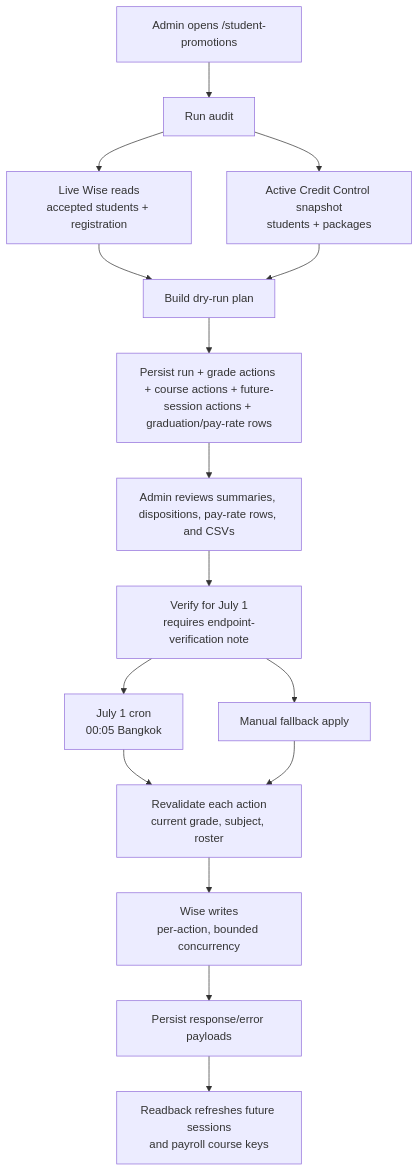
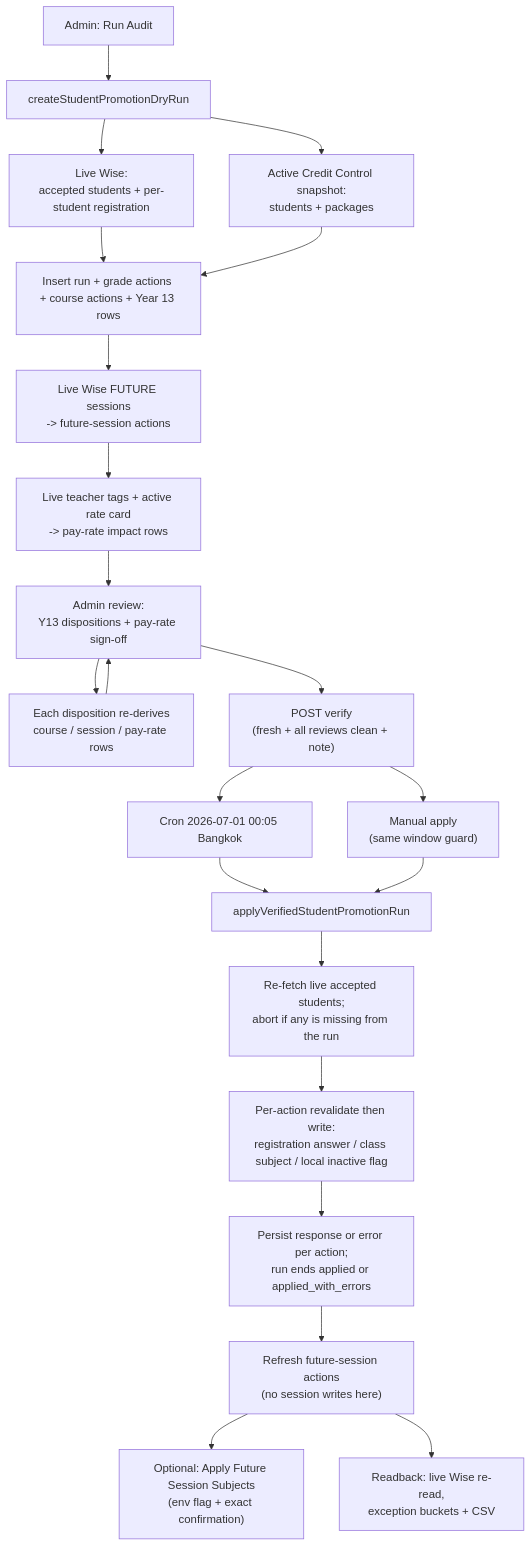
One commit to kasheesh711/bgscheduler changed the diagram in docs/features/student-promotions.md. Above: the diagram before and after it, drawn with Mermaid. The commit also changed other lines of this file and 71 other files, not shown here.

````diff
--- a/docs/features/student-promotions.md
+++ b/docs/features/student-promotions.md
@@ -86,18 +74,28 @@
 ```mermaid
 flowchart TD
-  Admin["Admin opens /student-promotions"] --> Audit["Run audit"]
-  Audit --> WiseRead["Live Wise reads\naccepted students + registration"]
-  Audit --> Snapshot["Active Credit Control snapshot\nstudents + packages"]
-  WiseRead --> Plan["Build dry-run plan"]
-  Snapshot --> Plan
-  Plan --> Tables["Persist run + grade actions + course actions + future-session actions + graduation/pay-rate rows"]
-  Tables --> Review["Admin reviews summaries, dispositions, pay-rate rows, and CSVs"]
-  Review --> Verify["Verify for July 1\nrequires endpoint-verification note"]
-  Verify --> Cron["July 1 cron\n00:05 Bangkok"]
-  Verify --> Manual["Manual fallback apply"]
-  Cron --> Revalidate["Revalidate each action\ncurrent grade, subject, roster"]
-  Manual --> Revalidate
-  Revalidate --> Writes["Wise writes\nper-action, bounded concurrency"]
-  Writes --> AuditRows["Persist response/error payloads"]
-  AuditRows --> SessionReadback["Readback refreshes future sessions\nand payroll course keys"]
+  Admin["Admin: Run Audit"] --> Dry["createStudentPromotionDryRun"]
+  Dry --> WiseRead["Live Wise:\naccepted students + per-student registration"]
+  Dry --> Snap["Active Credit Control snapshot:\nstudents + packages"]
+  WiseRead --> Plan["Insert run + grade actions + course actions + Year 13 rows"]
+  Snap --> Plan
+  Plan --> Sessions["Live Wise FUTURE sessions\n-> future-session actions"]
+  Sessions --> Rates["Live teacher tags + active rate card\n-> pay-rate impact rows"]
+
+  Rates --> Review["Admin review:\nY13 dispositions + pay-rate sign-off"]
+  Review --> Refresh["Each disposition re-derives\ncourse / session / pay-rate rows"]
+  Refresh --> Review
+
+  Review --> Verify["POST verify\n(fresh + all reviews clean + note)"]
+  Verify --> Cron["Cron 2026-07-01 00:05 Bangkok"]
+  Verify --> Manual["Manual apply\n(same window guard)"]
+
+  Cron --> Apply["applyVerifiedStudentPromotionRun"]
+  Manual --> Apply
+  Apply --> Recheck["Re-fetch live accepted students;\nabort if any is missing from the run"]
+  Recheck --> Writes["Per-action revalidate then write:\nregistration answer / class subject / local inactive flag"]
+  Writes --> Persist["Persist response or error per action;\nrun ends applied or applied_with_errors"]
+  Persist --> SessRefresh["Refresh future-session actions\n(no session writes here)"]
+
+  SessRefresh --> Gated["Optional: Apply Future Session Subjects\n(env flag + exact confirmation)"]
+  SessRefresh --> Readback["Readback: live Wise re-read,\nexception buckets + CSV"]
 ```
````
